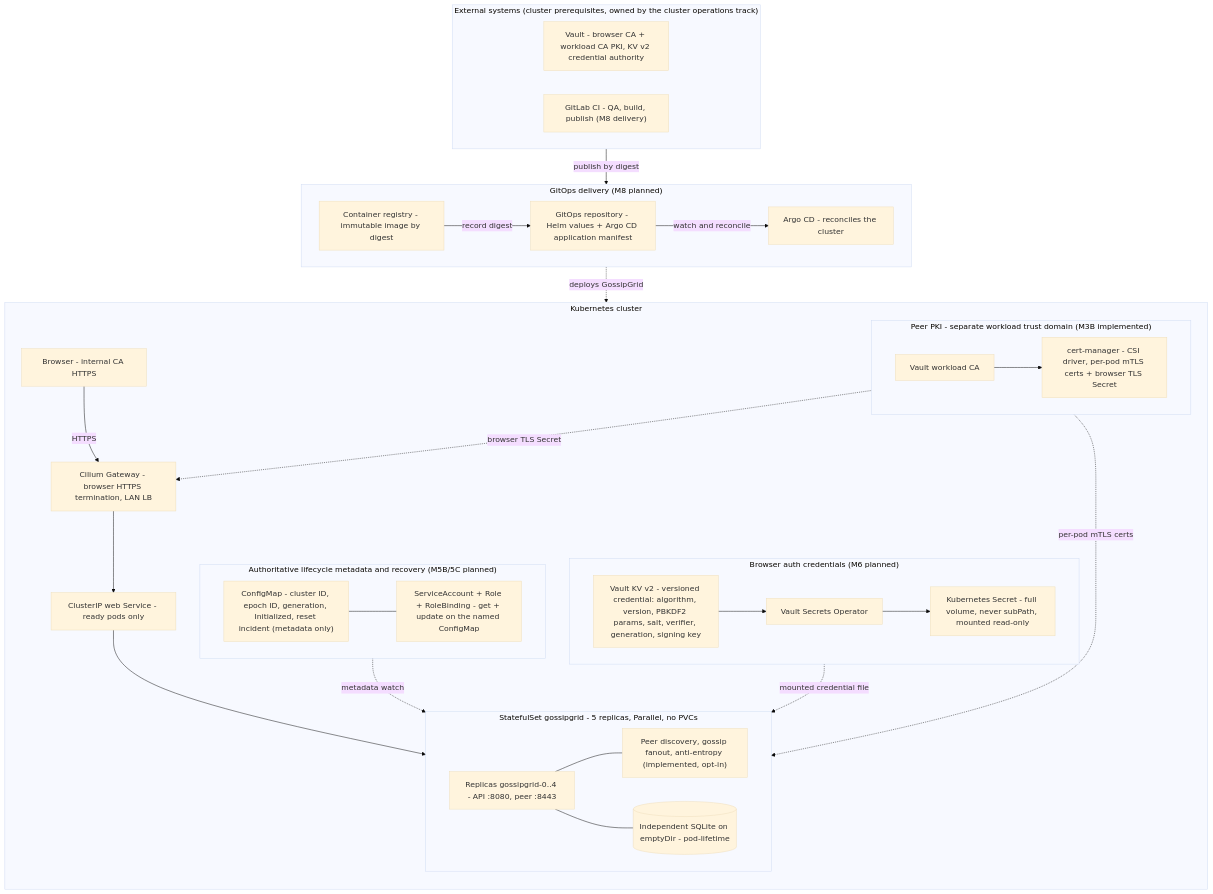
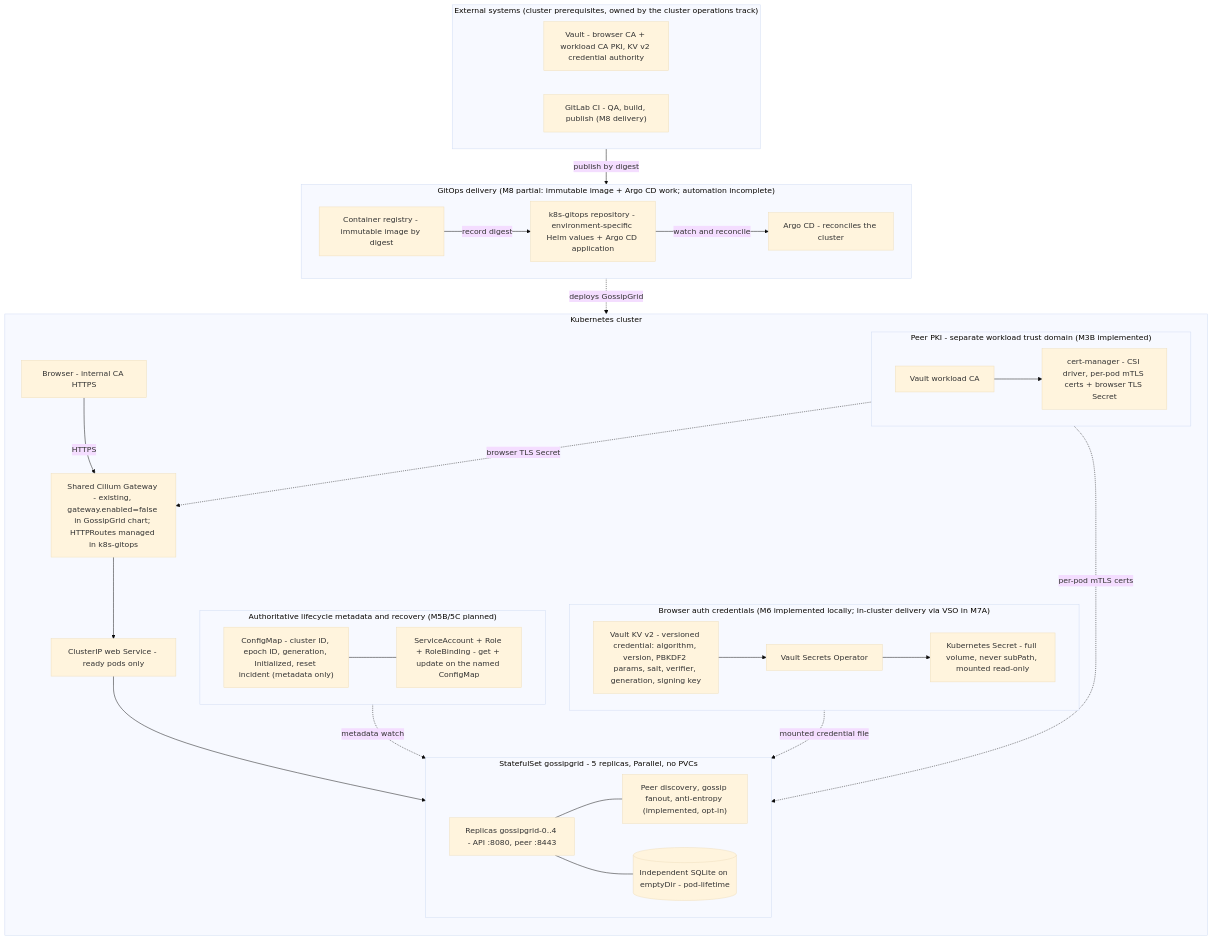
One commit to hirebrianm/gossipgrid changed the diagram in docs/diagrams/system-architecture.mmd. Above: the diagram before and after it, drawn with Mermaid (base theme). The commit also changed 10 other files, not shown here.

```diff
--- a/docs/diagrams/system-architecture.mmd
+++ b/docs/diagrams/system-architecture.mmd
@@ -1,64 +1,64 @@
 flowchart TB
   subgraph EXT["External systems (cluster prerequisites, owned by the cluster operations track)"]
     direction LR
     VAULT["Vault - browser CA + workload CA PKI, KV v2 credential authority"]
     GLCI["GitLab CI - QA, build, publish (M8 delivery)"]
   end
 
   B["Browser - internal CA HTTPS"]
 
   subgraph K8S["Kubernetes cluster"]
     direction TB
-    GW["Cilium Gateway - browser HTTPS termination, LAN LB"]
+    GW["Shared Cilium Gateway - existing, gateway.enabled=false in GossipGrid chart; HTTPRoutes managed in k8s-gitops"]
     WEB["ClusterIP web Service - ready pods only"]
 
     subgraph SS["StatefulSet gossipgrid - 5 replicas, Parallel, no PVCs"]
       direction LR
       APP["Replicas gossipgrid-0..4 - API :8080, peer :8443"]
       SYNC["Peer discovery, gossip fanout, anti-entropy (implemented, opt-in)"]
       DB[("Independent SQLite on emptyDir - pod-lifetime")]
     end
 
     B -->|HTTPS| GW
     GW --> WEB
     WEB --> APP
     APP --- SYNC
     APP --- DB
 
     subgraph PKI["Peer PKI - separate workload trust domain (M3B implemented)"]
       direction LR
       WCA["Vault workload CA"]
       CM["cert-manager - CSI driver, per-pod mTLS certs + browser TLS Secret"]
     end
     WCA --> CM
     CM -. per-pod mTLS certs .-> APP
     CM -. browser TLS Secret .-> GW
 
-    subgraph CRED["Browser auth credentials (M6 planned)"]
+    subgraph CRED["Browser auth credentials (M6 implemented locally; in-cluster delivery via VSO in M7A)"]
       direction LR
       VKV["Vault KV v2 - versioned credential: algorithm, version, PBKDF2 params, salt, verifier, generation, signing key"]
       VSO["Vault Secrets Operator"]
       KSEC["Kubernetes Secret - full volume, never subPath, mounted read-only"]
       VKV --> VSO --> KSEC
     end
     KSEC -. mounted credential file .-> APP
 
     subgraph LIFE["Authoritative lifecycle metadata and recovery (M5B/5C planned)"]
       direction LR
       CMETA["ConfigMap - cluster ID, epoch ID, generation, Initialized, reset incident (metadata only)"]
       RRBAC["ServiceAccount + Role + RoleBinding - get + update on the named ConfigMap"]
     end
     CMETA --- RRBAC
     CMETA -. metadata watch .-> APP
   end
 
-  subgraph GITOPS["GitOps delivery (M8 planned)"]
+  subgraph GITOPS["GitOps delivery (M8 partial: immutable image + Argo CD work; automation incomplete)"]
     direction LR
     REG["Container registry - immutable image by digest"]
-    GOREPO["GitOps repository - Helm values + Argo CD application manifest"]
+    GOREPO["k8s-gitops repository - environment-specific Helm values + Argo CD application"]
     ARGO["Argo CD - reconciles the cluster"]
     GLCI -->|publish by digest| REG
     REG -->|record digest| GOREPO
     GOREPO -->|watch and reconcile| ARGO
   end
   ARGO -. deploys GossipGrid .-> SS
```
